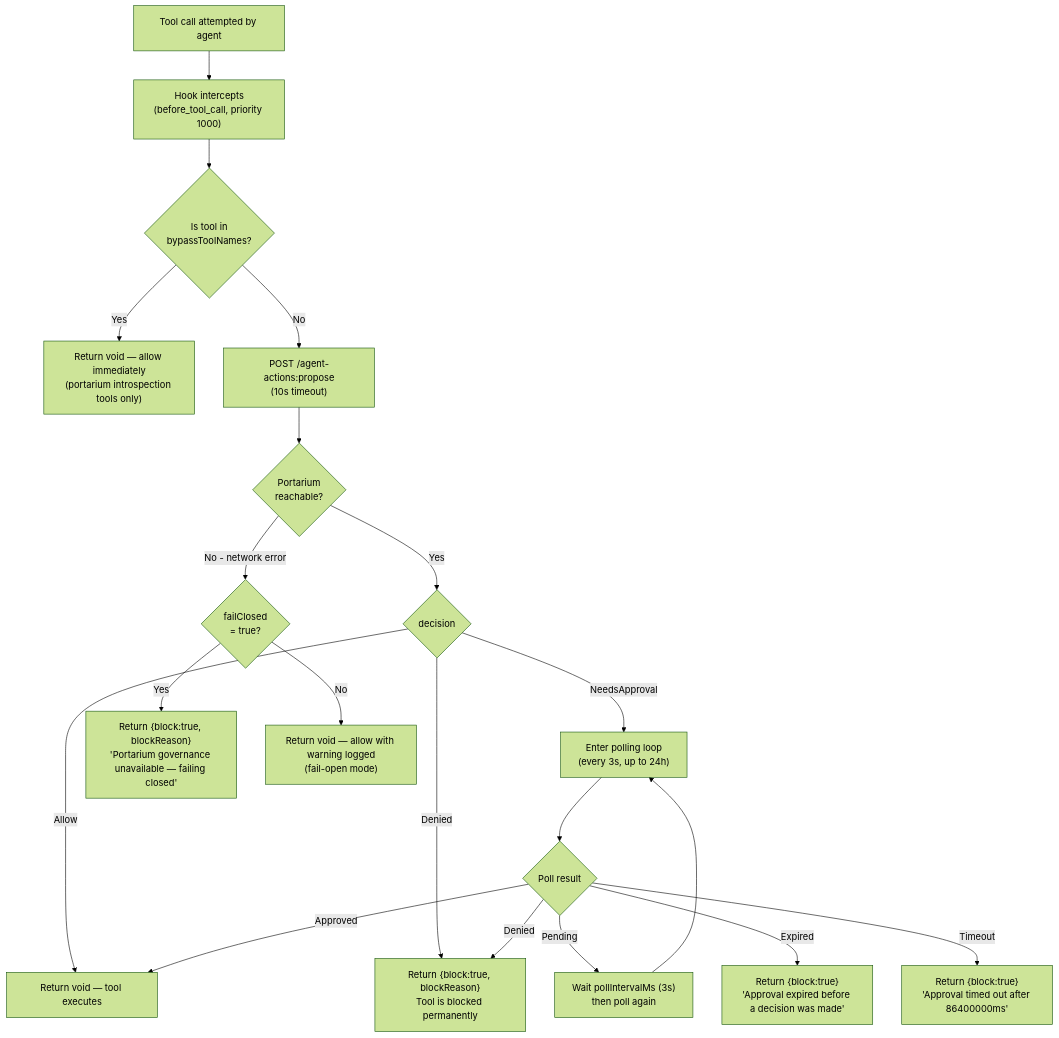
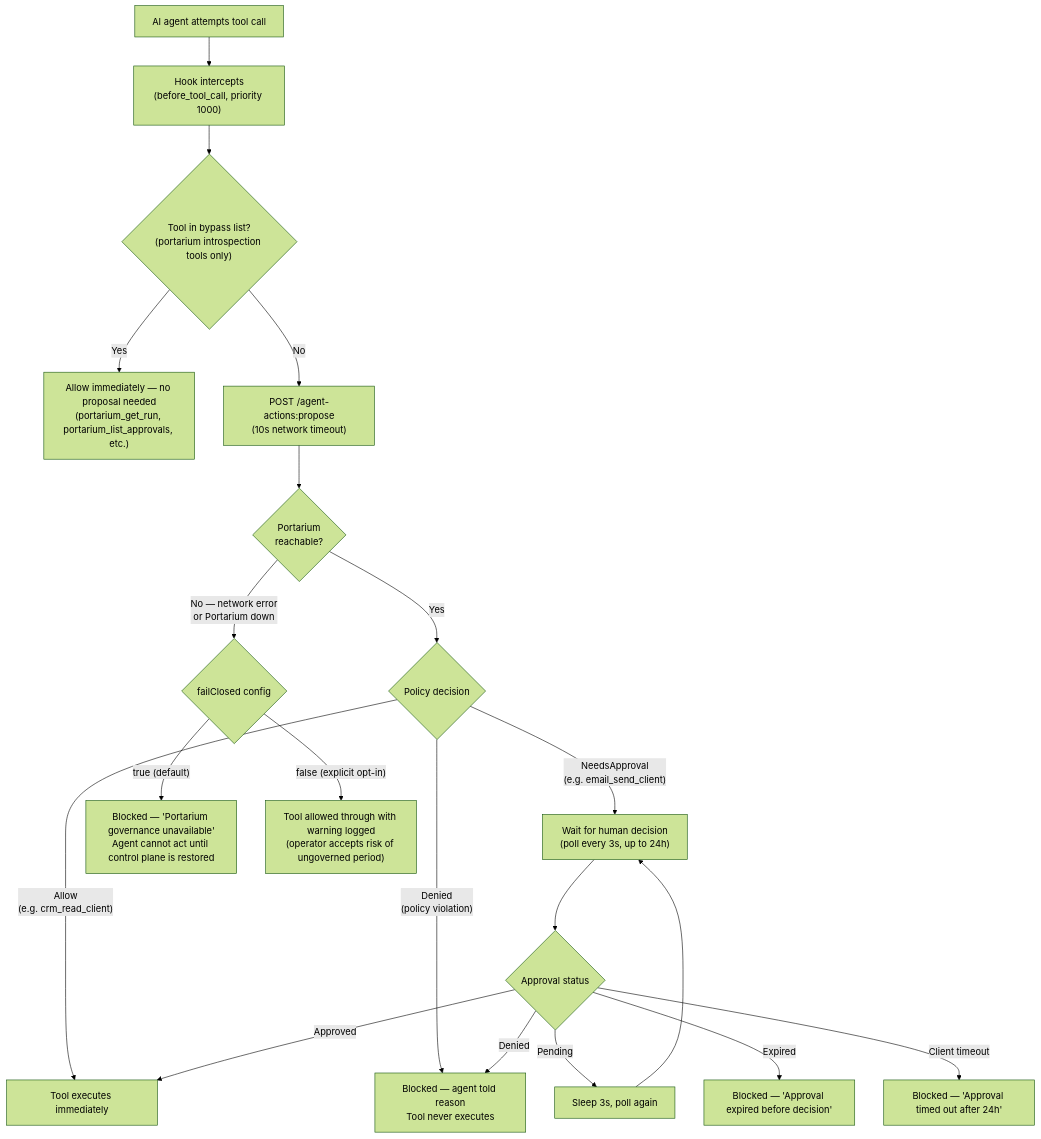
Before and after one commit to 45ck/Portarium: the eighth of 9 diagrams in examples/openclaw/diagrams.md, drawn with Mermaid (forest theme). The commit also changed other lines of this file and 3 other files, not shown here.

````diff
--- a/examples/openclaw/diagrams.md
+++ b/examples/openclaw/diagrams.md
@@ -156,22 +318,22 @@
 ```mermaid
 flowchart TD
-  A["Tool call attempted by agent"] --> B["Hook intercepts\n(before_tool_call, priority 1000)"]
-  B --> C{"Is tool in\nbypassToolNames?"}
-  C -->|Yes| BYPASS["Return void — allow immediately\n(portarium introspection tools only)"]
-  C -->|No| D["POST /agent-actions:propose\n(10s timeout)"]
+  A["AI agent attempts tool call"] --> B["Hook intercepts\n(before_tool_call, priority 1000)"]
+  B --> C{"Tool in bypass list?\n(portarium introspection tools only)"}
+  C -->|Yes| BYPASS["Allow immediately — no proposal needed\n(portarium_get_run, portarium_list_approvals, etc.)"]
+  C -->|No| D["POST /agent-actions:propose\n(10s network timeout)"]
   D --> E{"Portarium\nreachable?"}
-  E -->|Yes| F{"decision"}
-  F -->|Allow| ALLOW["Return void — tool executes"]
-  F -->|Denied| DENY["Return {block:true, blockReason}\nTool is blocked permanently"]
-  F -->|NeedsApproval| POLL["Enter polling loop\n(every 3s, up to 24h)"]
-  POLL --> G{"Poll result"}
-  G -->|Pending| WAIT["Wait pollIntervalMs (3s)\nthen poll again"]
+  E -->|Yes| F{"Policy decision"}
+  F -->|"Allow\n(e.g. crm_read_client)"| ALLOW["Tool executes immediately"]
+  F -->|"Denied\n(policy violation)"| DENY["Blocked — agent told reason\nTool never executes"]
+  F -->|"NeedsApproval\n(e.g. email_send_client)"| POLL["Wait for human decision\n(poll every 3s, up to 24h)"]
+  POLL --> G{"Approval status"}
+  G -->|Pending| WAIT["Sleep 3s, poll again"]
   WAIT --> POLL
   G -->|Approved| ALLOW
   G -->|Denied| DENY
-  G -->|Expired| EXPIRE["Return {block:true}\n'Approval expired before a decision was made'"]
-  G -->|Timeout| TOUT["Return {block:true}\n'Approval timed out after 86400000ms'"]
-  E -->|No - network error| H{"failClosed\n= true?"}
-  H -->|Yes| CLOSED["Return {block:true, blockReason}\n'Portarium governance unavailable — failing closed'"]
-  H -->|No| OPEN["Return void — allow with warning logged\n(fail-open mode)"]
+  G -->|Expired| EXPIRE["Blocked — 'Approval expired before decision'"]
+  G -->|Client timeout| TOUT["Blocked — 'Approval timed out after 24h'"]
+  E -->|"No — network error\nor Portarium down"| H{"failClosed config"}
+  H -->|"true (default)"| CLOSED["Blocked — 'Portarium governance unavailable'\nAgent cannot act until control plane is restored"]
+  H -->|"false (explicit opt-in)"| OPEN["Tool allowed through with warning logged\n(operator accepts risk of ungoverned period)"]
 ```
````
